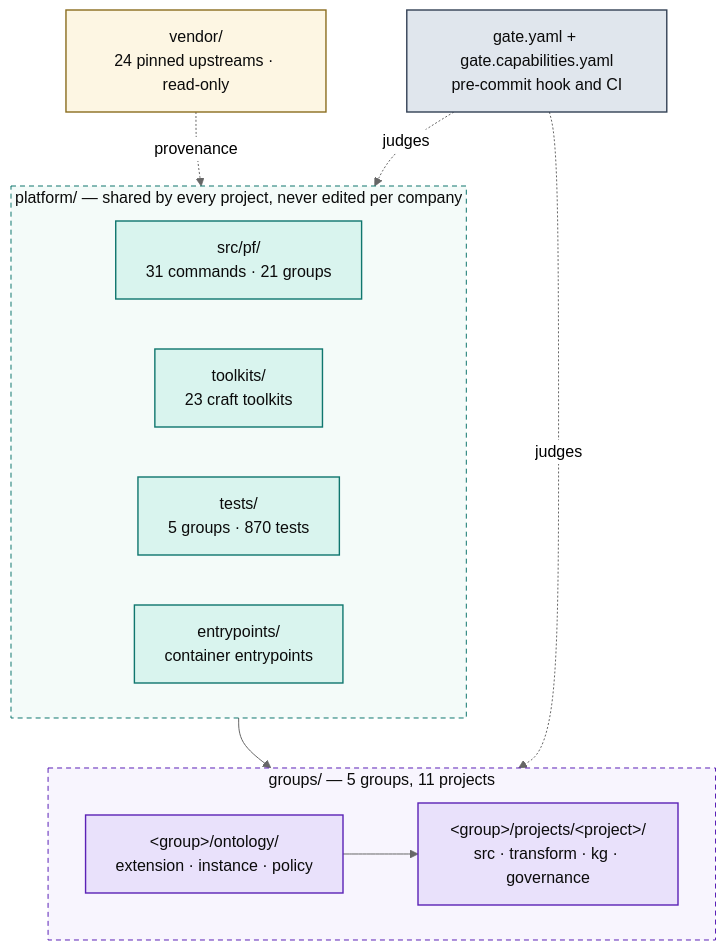
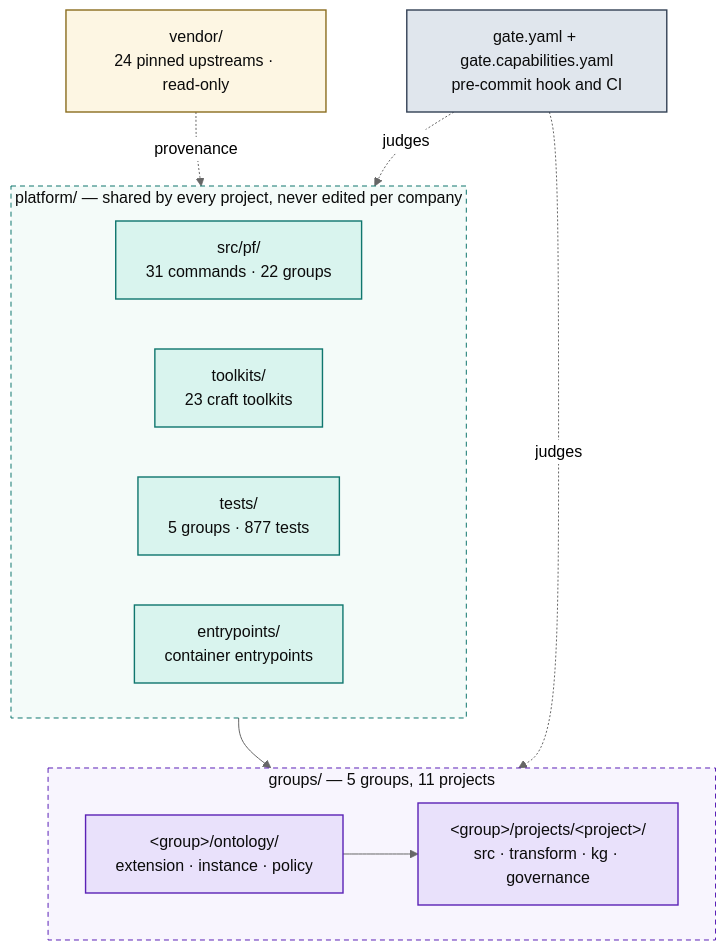
One commit to Atomz-org/data-platform changed the first of 5 diagrams in docs/ARCHITECTURE.md. Above: the diagram before and after it, drawn with Mermaid (neutral theme). The commit also changed other lines of this file and 8 other files, not shown here.

````diff
--- a/docs/ARCHITECTURE.md
+++ b/docs/ARCHITECTURE.md
@@ -15,36 +15,36 @@
 ```mermaid
 flowchart TB
   subgraph SHARED["platform/ — shared by every project, never edited per company"]
     direction LR
-    ENG["src/pf/<br/>31 commands · 21 groups"]
+    ENG["src/pf/<br/>31 commands · 22 groups"]
     TK["toolkits/<br/>23 craft toolkits"]
-    TST["tests/<br/>5 groups · 870 tests"]
+    TST["tests/<br/>5 groups · 877 tests"]
     ENT["entrypoints/<br/>container entrypoints"]
   end
 
   subgraph ENTITIES["groups/ — 5 groups, 11 projects"]
     direction LR
     GRP["&lt;group&gt;/ontology/<br/>extension · instance · policy"]
     PRJ["&lt;group&gt;/projects/&lt;project&gt;/<br/>src · transform · kg · governance"]
     GRP --> PRJ
   end
 
   VEN["vendor/<br/>24 pinned upstreams · read-only"]
   GATE["gate.yaml + gate.capabilities.yaml<br/>pre-commit hook and CI"]
 
   SHARED --> ENTITIES
   VEN -.provenance.-> SHARED
   GATE -.judges.-> ENTITIES
   GATE -.judges.-> SHARED
 
   classDef code fill:#d9f4ee,stroke:#0f766e,stroke-width:1.4px,color:#0b0b0b
   classDef data fill:#e9e1fb,stroke:#5b21b6,stroke-width:1.4px,color:#0b0b0b
   classDef gov fill:#e0e6ed,stroke:#334155,stroke-width:1.4px,color:#0b0b0b
   classDef ext fill:#fdf6e3,stroke:#8a6d1f,stroke-width:1.4px,color:#0b0b0b
   class ENG,TK,TST,ENT code
   class GRP,PRJ data
   class GATE gov
   class VEN ext
   style SHARED fill:#f4fbf9,stroke:#0f766e,stroke-dasharray:5 4,color:#0b0b0b
   style ENTITIES fill:#f8f5fe,stroke:#5b21b6,stroke-dasharray:5 4,color:#0b0b0b
 ```
````
